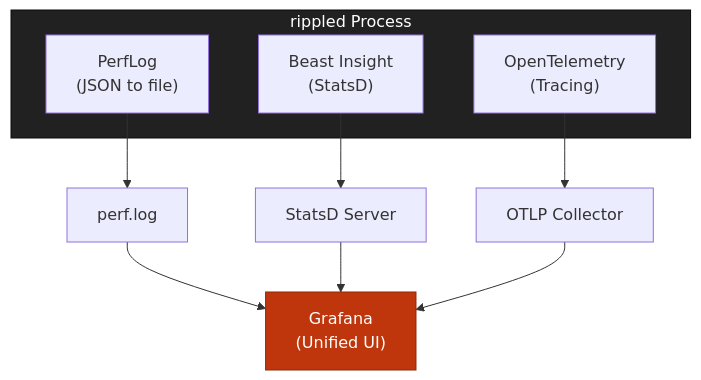
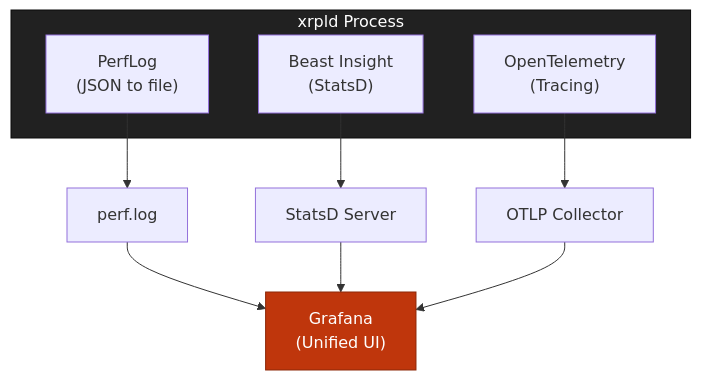
The third of 3 diagrams in OpenTelemetryPlan/02-design-decisions.md (XRPLF/rippled), drawn with Mermaid before and after one commit. The commit also changed other lines of this file and 10 other files, not shown here.

````diff
--- a/OpenTelemetryPlan/02-design-decisions.md
+++ b/OpenTelemetryPlan/02-design-decisions.md
@@ -543,19 +543,19 @@
 ```mermaid
 flowchart TB
-    subgraph rippled["rippled Process"]
+    subgraph xrpld["xrpld Process"]
         perflog["PerfLog<br/>(JSON to file)"]
         insight["Beast Insight<br/>(StatsD)"]
         otel["OpenTelemetry<br/>(Tracing)"]
     end
 
     perflog --> perffile["perf.log"]
     insight --> statsd["StatsD Server"]
     otel --> collector["OTLP Collector"]
 
     perffile --> grafana["Grafana<br/>(Unified UI)"]
     statsd --> grafana
     collector --> grafana
 
-    style rippled fill:#212121,stroke:#0a0a0a,color:#ffffff
+    style xrpld fill:#212121,stroke:#0a0a0a,color:#ffffff
     style grafana fill:#bf360c,stroke:#8c2809,color:#ffffff
 ```
````
